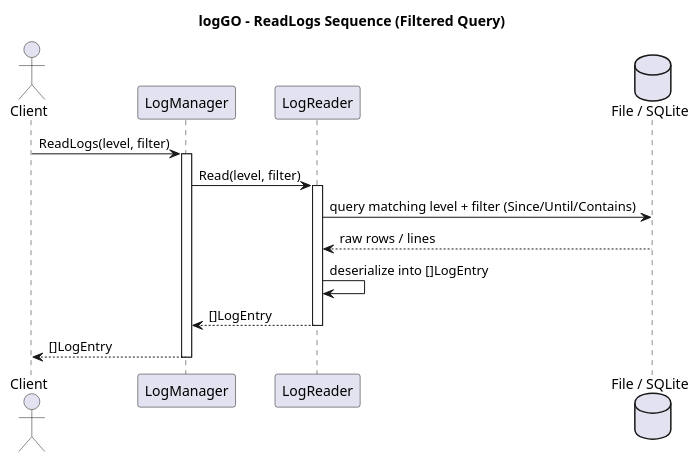
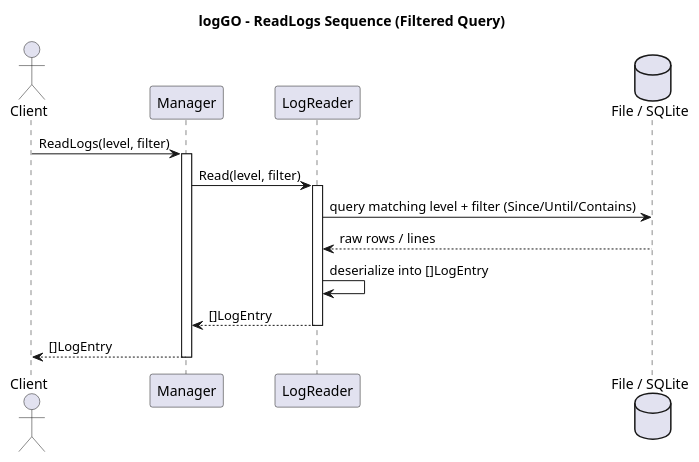
The diagram in docs/diagrams/03-logGO-read-sequence.puml (ttfancy/logGO), drawn with PlantUML before and after one commit. The commit also changed 6 other files, not shown here.

First line of the commit message:
Bring diagrams and README back in sync with the code

```diff
--- a/docs/diagrams/03-logGO-read-sequence.puml
+++ b/docs/diagrams/03-logGO-read-sequence.puml
@@ -1,21 +1,21 @@
 @startuml
 title logGO - ReadLogs Sequence (Filtered Query)
 
 actor Client
-participant LogManager
+participant "Manager" as LogManager
 participant LogReader
 database Backend as "File / SQLite"
 
 Client -> LogManager: ReadLogs(level, filter)
 activate LogManager
 LogManager -> LogReader: Read(level, filter)
 activate LogReader
 LogReader -> Backend: query matching level + filter (Since/Until/Contains)
 Backend --> LogReader: raw rows / lines
 LogReader -> LogReader: deserialize into []LogEntry
 LogReader --> LogManager: []LogEntry
 deactivate LogReader
 LogManager --> Client: []LogEntry
 deactivate LogManager
 
 @enduml
```
